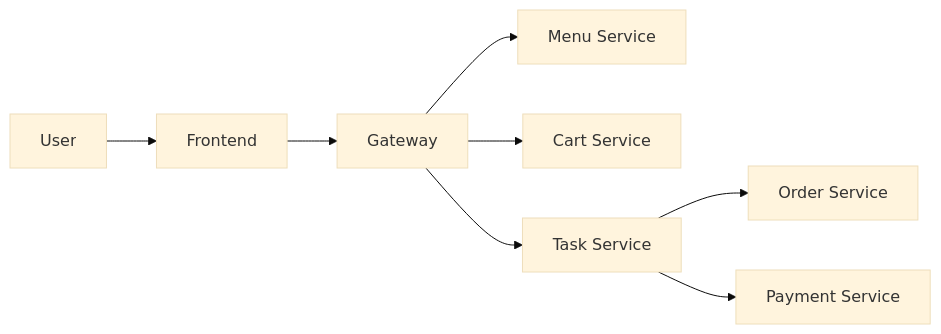
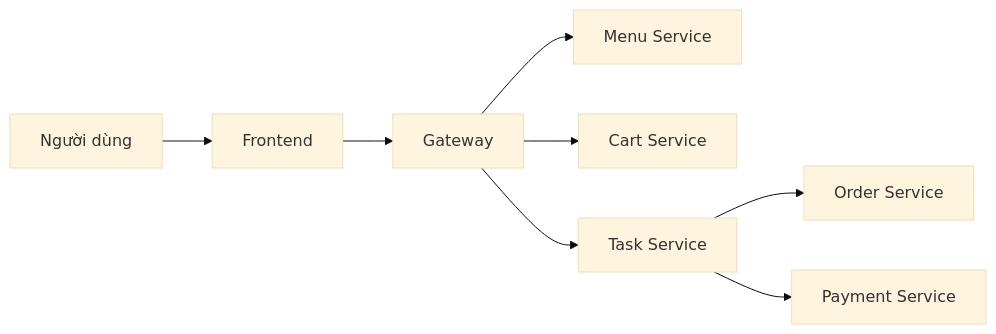
Before and after one commit to Dung1409/mid---proj: the first of 3 diagrams in docs/analysis-and-design.md, drawn with Mermaid (base theme). The commit also changed other lines of this file and 19 other files, not shown here.

````diff
--- a/docs/analysis-and-design.md
+++ b/docs/analysis-and-design.md
@@ -14,10 +27,10 @@
 ```mermaid
 flowchart LR
-    U[User] --> FE[Frontend]
+    U[Người dùng] --> FE[Frontend]
     FE --> GW[Gateway]
     GW --> MENU[Menu Service]
     GW --> CART[Cart Service]
     GW --> TASK[Task Service]
     TASK --> ORDER[Order Service]
     TASK --> PAY[Payment Service]
 ```
````
